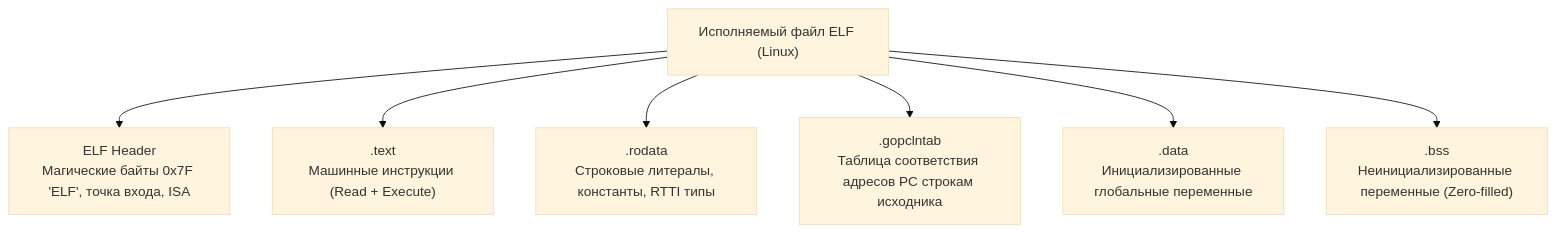
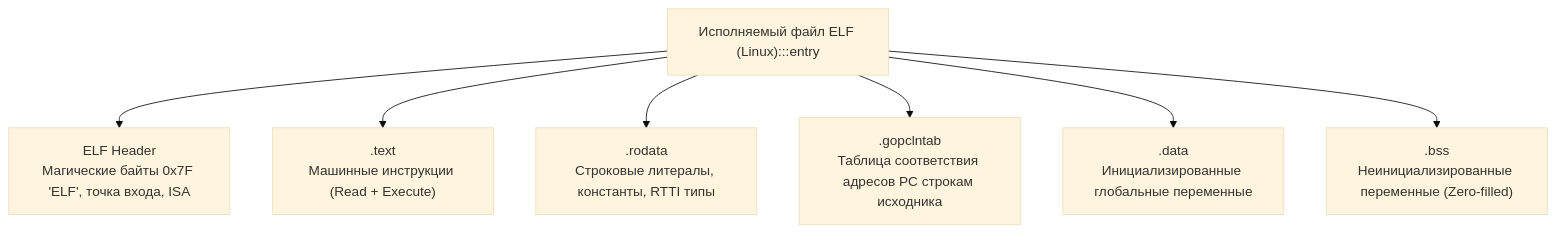
Before and after one commit to UnrealTemplier/go-textbook: the diagram in sources/7. Глубокий Go (Внутреннее устройство)/7. Устройство бинарника Go.md, drawn with Mermaid (base theme). The commit also changed 1666 other files, not shown here.

First line of the commit message:
feat(mermaid): add semantic color classDef to 1369 colorless flowchart/graph diagrams

````diff
--- a/sources/7. Глубокий Go (Внутреннее устройство)/7. Устройство бинарника Go.md
+++ b/sources/7. Глубокий Go (Внутреннее устройство)/7. Устройство бинарника Go.md
@@ -37,9 +37,19 @@
 ```mermaid
 flowchart TD
-    ELF["Исполняемый файл ELF (Linux)"] --> HEADER["ELF Header<br>Магические байты 0x7F 'ELF', точка входа, ISA"]
+    classDef process  fill:#1e293b,stroke:#38bdf8,stroke-width:1px,color:#f8fafc
+    classDef success  fill:#064e3b,stroke:#34d399,stroke-width:1px,color:#f8fafc
+    classDef error    fill:#7f1d1d,stroke:#f87171,stroke-width:1px,color:#f8fafc
+    classDef warning  fill:#78350f,stroke:#fbbf24,stroke-width:1px,color:#f8fafc
+    classDef entry    fill:#1e3a5f,stroke:#38bdf8,stroke-width:2px,color:#f8fafc
+    classDef aux      fill:#334155,stroke:#64748b,stroke-width:1px,color:#f8fafc
+    classDef system   fill:#312e81,stroke:#a78bfa,stroke-width:1px,color:#f8fafc
+    classDef data     fill:#132d29,stroke:#2dd4bf,stroke-width:1px,color:#f8fafc
+    classDef network  fill:#881337,stroke:#fb7185,stroke-width:1px,color:#f8fafc
+    classDef accent   fill:#1e1b4b,stroke:#818cf8,stroke-width:1px,color:#f8fafc
+    ELF["Исполняемый файл ELF (Linux):::entry"] --> HEADER["ELF Header<br>Магические байты 0x7F 'ELF', точка входа, ISA"]
     ELF --> TEXT[".text<br>Машинные инструкции (Read + Execute)"]
     ELF --> RODATA[".rodata<br>Строковые литералы, константы, RTTI типы"]
     ELF --> GOPCLN[".gopclntab<br>Таблица соответствия адресов PC строкам исходника"]
     ELF --> DATA[".data<br>Инициализированные глобальные переменные"]
     ELF --> BSS[".bss<br>Неинициализированные переменные (Zero-filled)"]
 ```
````
